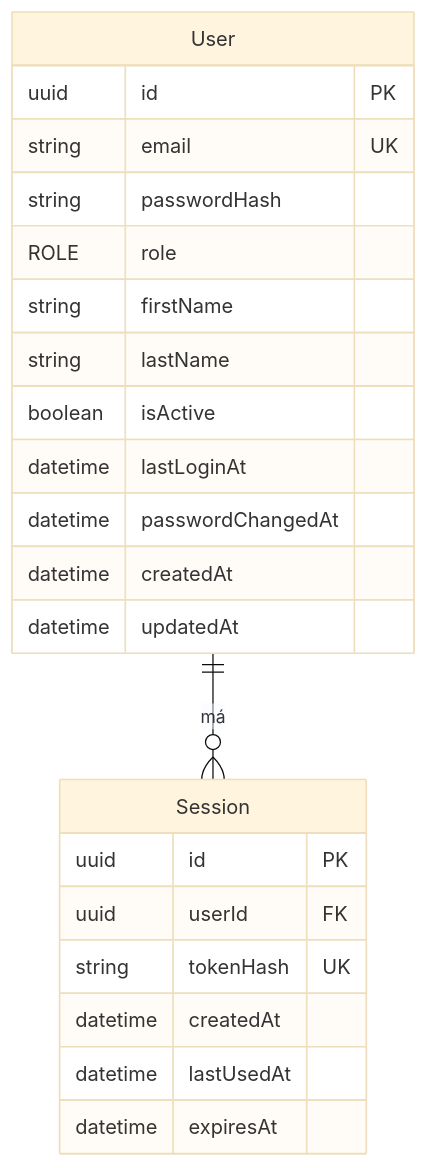
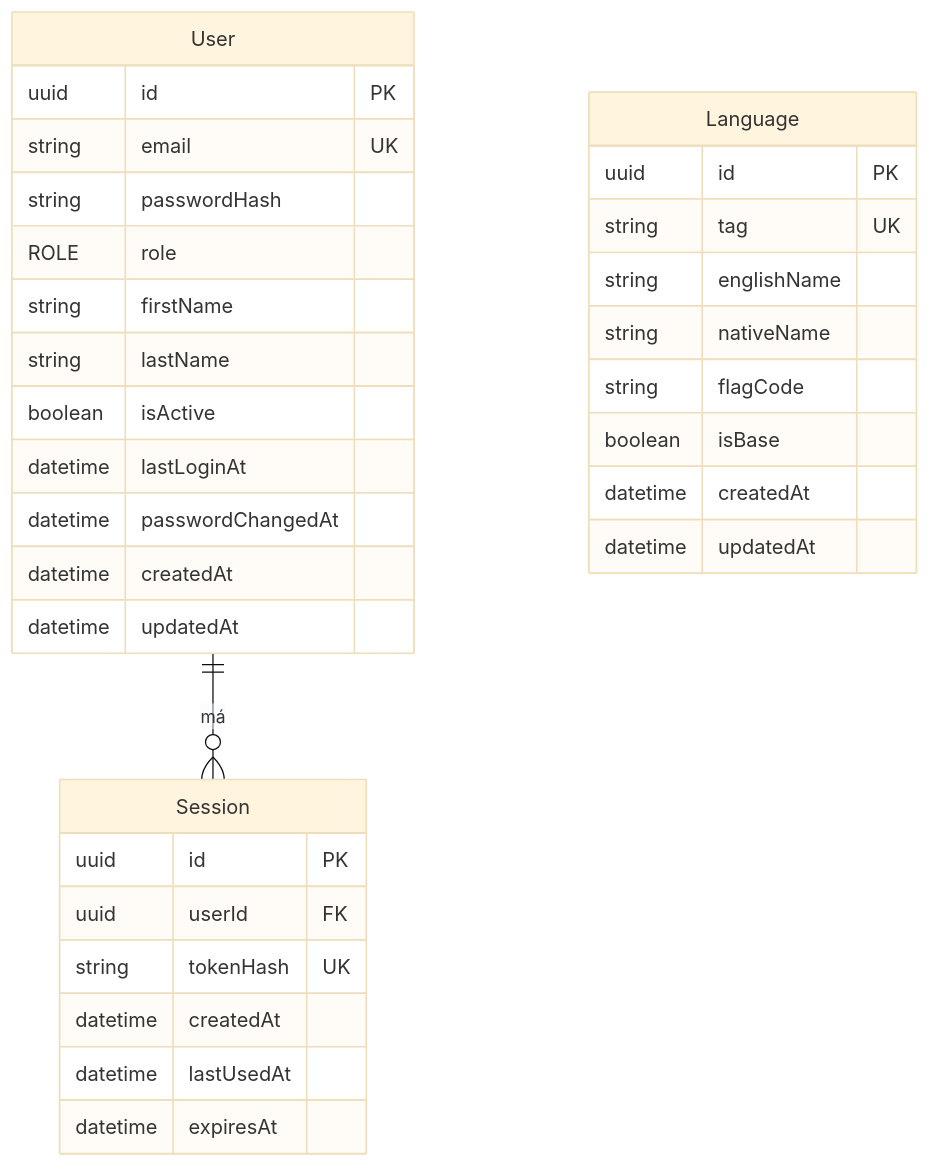
The diagram in docs/database.md (michal-bella/Locale-Admin), drawn with Mermaid (base theme) before and after one commit. The commit also changed other lines of this file and 12 other files, not shown here.

````diff
--- a/docs/database.md
+++ b/docs/database.md
@@ -49,25 +65,35 @@
 ```mermaid
 erDiagram
     User ||--o{ Session : "má"
     User {
         uuid id PK
         string email UK
         string passwordHash
         ROLE role
         string firstName
         string lastName
         boolean isActive
         datetime lastLoginAt
         datetime passwordChangedAt
         datetime createdAt
         datetime updatedAt
     }
     Session {
         uuid id PK
         uuid userId FK
         string tokenHash UK
         datetime createdAt
         datetime lastUsedAt
         datetime expiresAt
     }
+    Language {
+        uuid id PK
+        string tag UK
+        string englishName
+        string nativeName
+        string flagCode
+        boolean isBase
+        datetime createdAt
+        datetime updatedAt
+    }
 ```
````
